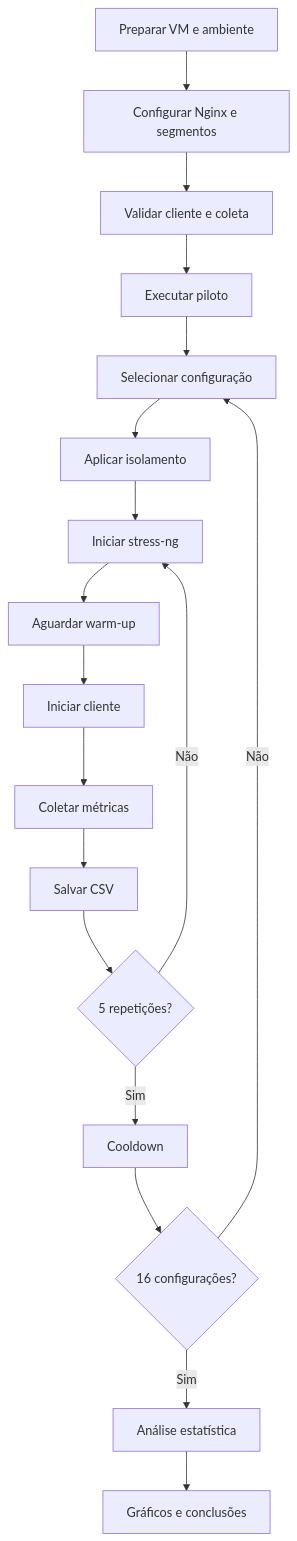
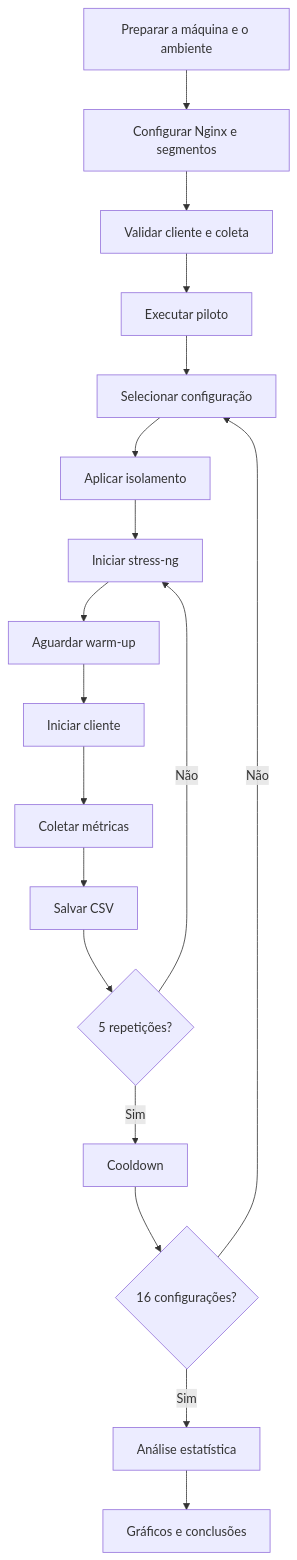
One commit to omarhenriqu3/streaming-so changed the second of 2 diagrams in README.md. Above: the diagram before and after it, drawn with Mermaid. The commit also changed other lines of this file and 4 other files, not shown here.

````diff
--- a/README.md
+++ b/README.md
@@ -194,20 +193,20 @@
 ```mermaid
 flowchart TD
-    A["Preparar VM e ambiente"] --> B["Configurar Nginx e segmentos"]
+    A["Preparar a máquina e o ambiente"] --> B["Configurar Nginx e segmentos"]
     B --> C["Validar cliente e coleta"]
     C --> D["Executar piloto"]
     D --> E["Selecionar configuração"]
     E --> F["Aplicar isolamento"]
     F --> G["Iniciar stress-ng"]
     G --> H["Aguardar warm-up"]
     H --> I["Iniciar cliente"]
     I --> J["Coletar métricas"]
     J --> K["Salvar CSV"]
     K --> L{"5 repetições?"}
     L -->|"Não"| G
     L -->|"Sim"| M["Cooldown"]
     M --> N{"16 configurações?"}
     N -->|"Não"| E
     N -->|"Sim"| O["Análise estatística"]
     O --> P["Gráficos e conclusões"]
 ```
````
